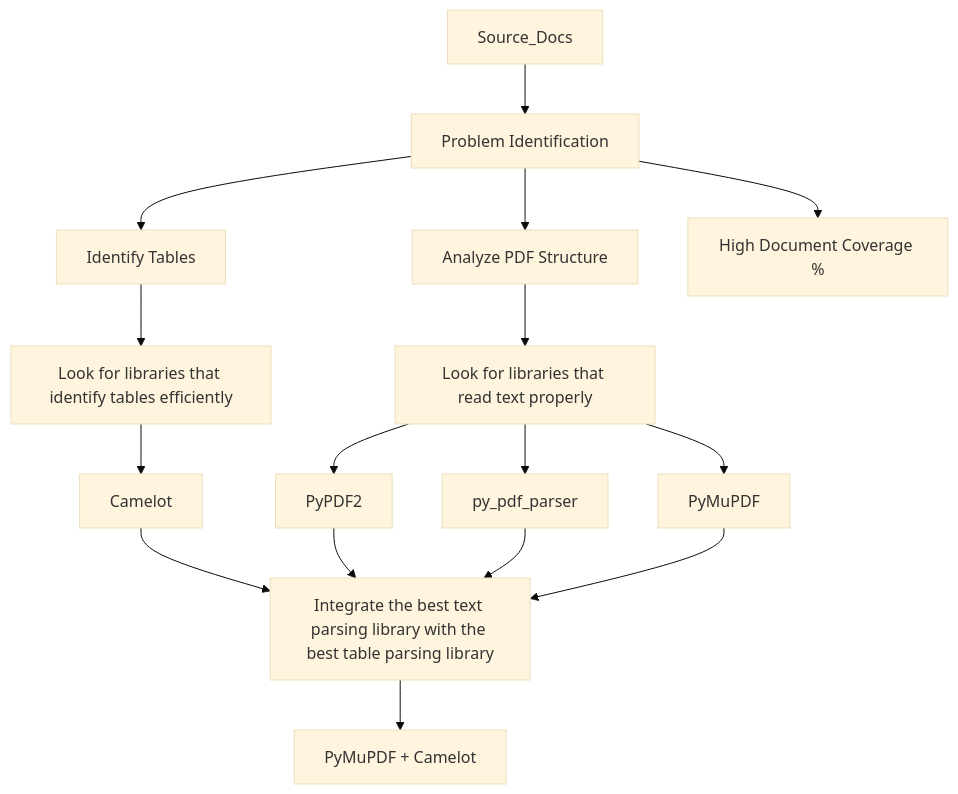
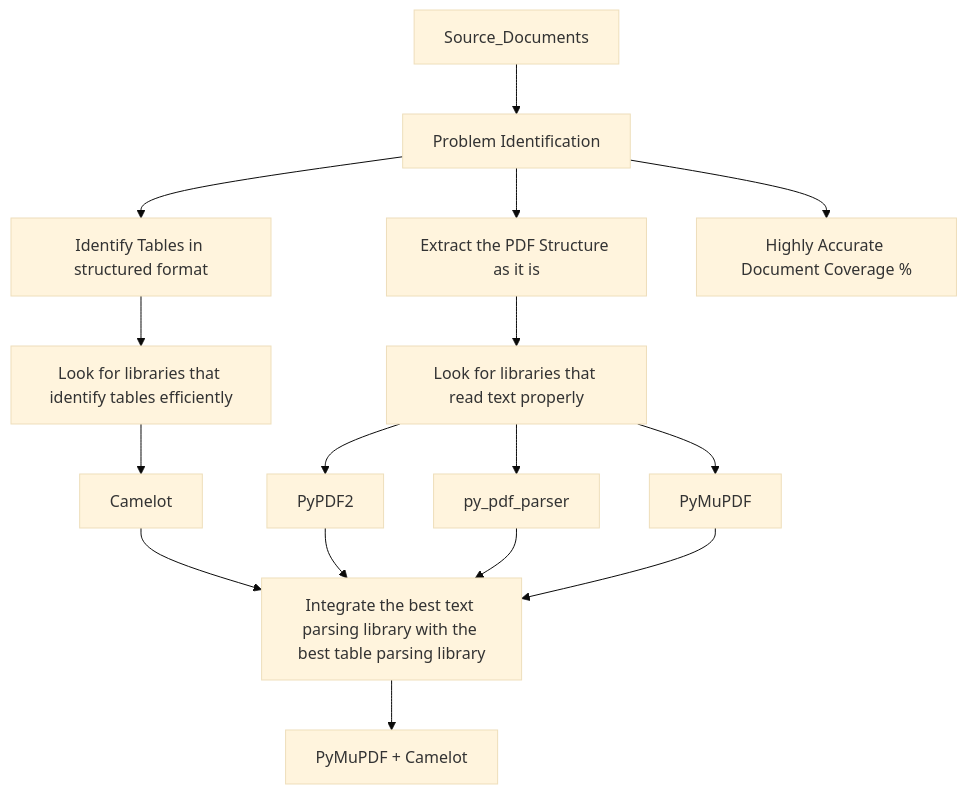
One commit to KushagraaWadhwa/DocumentParsing changed the diagram in README.md. Above: the diagram before and after it, drawn with Mermaid (base theme). The commit also changed other lines of this file and 6 other files, not shown here.

````diff
--- a/README.md
+++ b/README.md
@@ -155,19 +160,19 @@
 ```mermaid
 graph TD
-    A[Source_Docs] --> B[Problem Identification]
-    B --> B1[Identify Tables]
-    B --> B2[Analyze PDF Structure]
-    B --> B3[High Document Coverage %]
+    A[Source_Documents] --> B[Problem Identification]
+    B --> B1[Identify Tables in structured format]
+    B --> B2[Extract the PDF Structure as it is]
+    B --> B3[Highly Accurate Document Coverage %]
     B1 --> C1[Look for libraries that identify tables efficiently]
     C1 --> D1[Camelot]
     B2 --> C2[Look for libraries that read text properly]
     C2 --> D2[PyPDF2]
     C2 --> D3[py_pdf_parser]
     C2 --> D4[PyMuPDF]
     D1 --> E[Integrate the best text parsing library with the best table parsing library]
     D2 --> E
     D3 --> E
     D4 --> E
     E --> F[PyMuPDF + Camelot]
 
 ```
````
